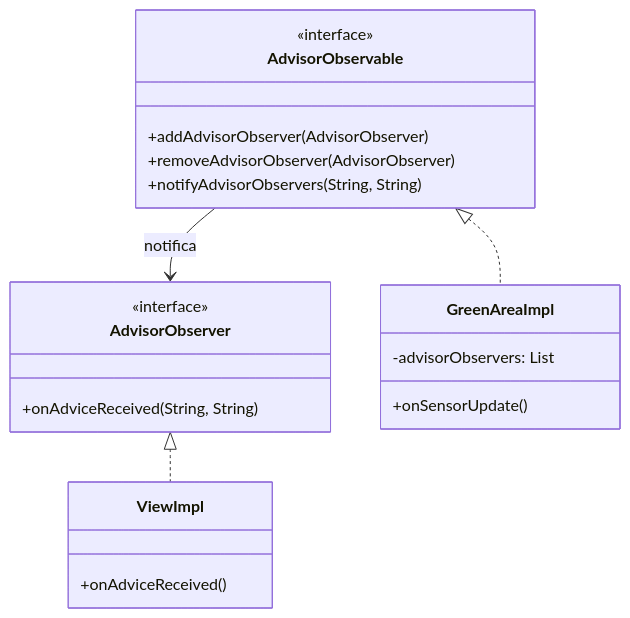
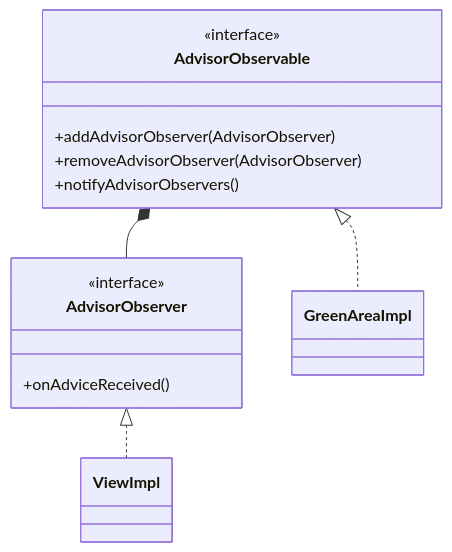
Before and after one commit to filippo16/pss-23-24-SystemGarden-Lutterotti: the sixth of 6 diagrams in README.md, drawn with Mermaid. The commit also changed other lines of this file, not shown here.

````diff
--- a/README.md
+++ b/README.md
@@ -329,27 +342,26 @@
 ```mermaid
 classDiagram
     class AdvisorObservable {
         <<interface>>
         +addAdvisorObserver( AdvisorObserver )
         +removeAdvisorObserver( AdvisorObserver )
-        +notifyAdvisorObservers( String, String  )
+        +notifyAdvisorObservers()
     }
 
     class AdvisorObserver {
         <<interface>>
-        +onAdviceReceived( String, String )
+        +onAdviceReceived()
     }
 
     class GreenAreaImpl {
-        -advisorObservers: List
-        +onSensorUpdate()
+
     }
 
     class ViewImpl {
-        +onAdviceReceived()
+
     }
 
     AdvisorObservable <|.. GreenAreaImpl
     AdvisorObserver <|.. ViewImpl
-    AdvisorObservable --> AdvisorObserver : notifica
+    AdvisorObservable *-- AdvisorObserver
 ```
````
